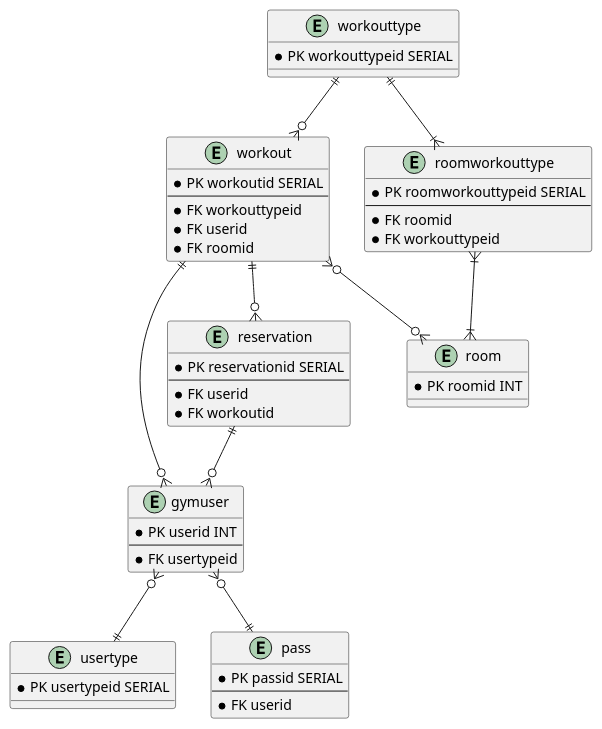
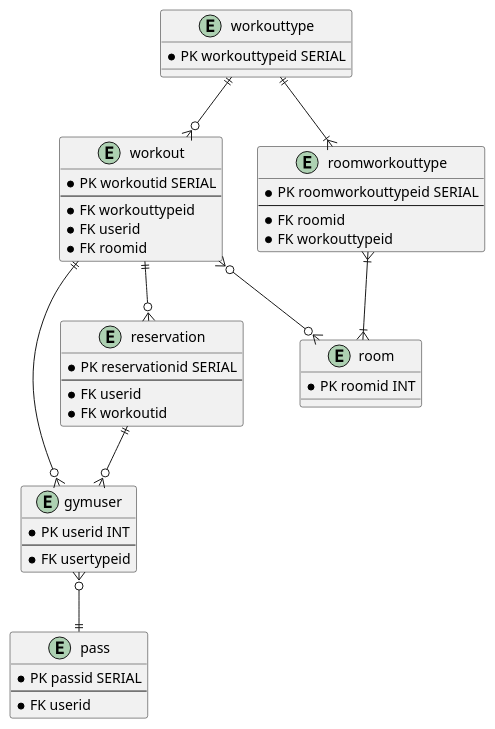
One commit to vitalispopoff/CentrumSportu changed the diagram in _docs/SportHubDatabaseStructure.puml. Above: the diagram before and after it, drawn with PlantUML. The commit also changed 9 other files, not shown here.

```diff
--- a/_docs/SportHubDatabaseStructure.puml
+++ b/_docs/SportHubDatabaseStructure.puml
@@ -1,67 +1,67 @@
 @startuml
 
-Entity usertype{
+/'Entity usertype{
 * PK usertypeid SERIAL
-}
+}'/
 
 entity gymuser{
 * PK userid INT
 --
 * FK usertypeid
 }
 
 entity workouttype{
 * PK workouttypeid SERIAL
 }
 
 entity workout{
 * PK workoutid SERIAL
 --
 * FK workouttypeid
 * FK userid
 * FK roomid
 }
 
 entity pass{
 * PK passid SERIAL
 --
 * FK userid
 }
 
 entity reservation{
 * PK reservationid SERIAL
 --
 * FK userid
 * FK workoutid
 }
 
 entity room{
 * PK roomid INT
 }
 
 entity roomworkouttype{
 * PK roomworkouttypeid SERIAL
 --
 * FK roomid
 * FK workouttypeid
 }
 
-gymuser}o==||usertype
+'gymuser}o==||usertype
 workouttype||==o{workout
 workout||==o{gymuser
 workout||==o{reservation
 workout}o==o{room
 reservation||==o{gymuser
 gymuser}o==||pass
 
 roomworkouttype}|==|{room
 
 workouttype||==|{roomworkouttype
 
 
 
 
 
 
 
 @enduml
```
